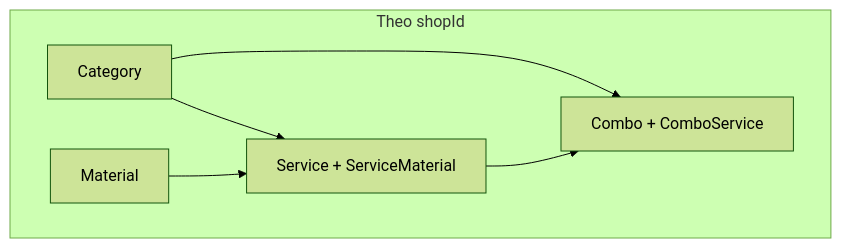
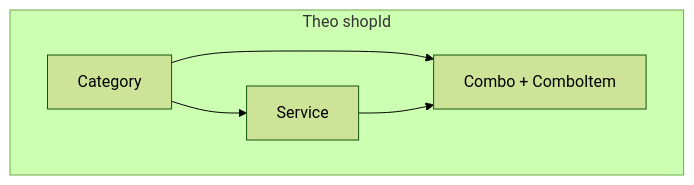
One commit to tuanhungg13/booking-glowora-be changed the first of 2 diagrams in src/features/catalog/README.md. Above: the diagram before and after it, drawn with Mermaid (forest theme). The commit also changed other lines of this file and 68 other files, not shown here.

````diff
--- a/src/features/catalog/README.md
+++ b/src/features/catalog/README.md
@@ -12,14 +12,12 @@
 ```mermaid
 flowchart TB
   subgraph shop["Theo shopId"]
     CAT[Category]
-    SVC[Service + ServiceMaterial]
-    MAT[Material]
-    CMB[Combo + ComboService]
+    SVC[Service]
+    CMB[Combo + ComboItem]
   end
 
-  MAT --> SVC
   CAT --> SVC
   CAT --> CMB
   SVC --> CMB
 ```
````
